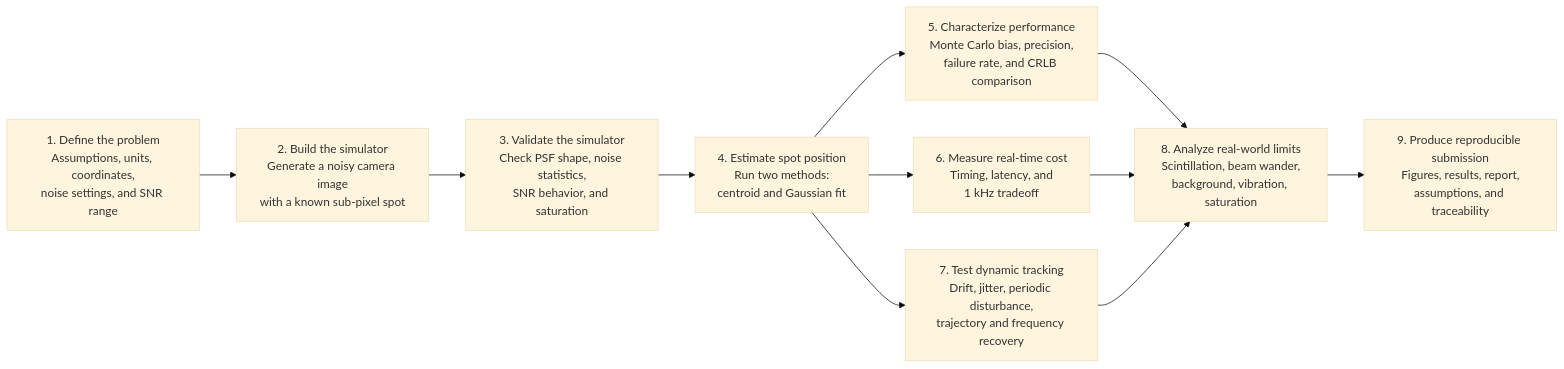
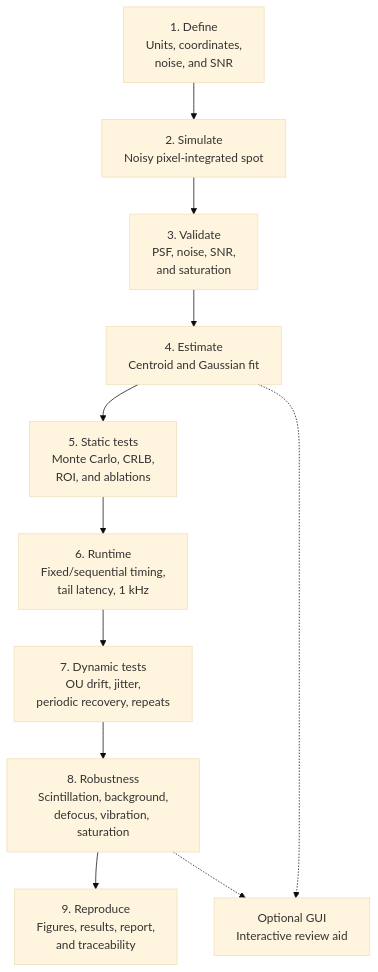
The diagram in docs/methodology_flowchart.md (JoshuaLiew87/joshua-liew-take-home-public), drawn with Mermaid (base theme) before and after one commit. The commit also changed other lines of this file and 7 other files, not shown here.

````diff
--- a/docs/methodology_flowchart.md
+++ b/docs/methodology_flowchart.md
@@ -7,21 +9,19 @@
 ```mermaid
-flowchart LR
-    A[1. Define the problem<br/>Assumptions, units, coordinates,<br/>noise settings, and SNR range]
-    B[2. Build the simulator<br/>Generate a noisy camera image<br/>with a known sub-pixel spot]
-    C[3. Validate the simulator<br/>Check PSF shape, noise statistics,<br/>SNR behavior, and saturation]
-    D[4. Estimate spot position<br/>Run two methods:<br/>centroid and Gaussian fit]
-    E[5. Characterize performance<br/>Monte Carlo bias, precision,<br/>failure rate, and CRLB comparison]
-    F[6. Measure real-time cost<br/>Timing, latency, and<br/>1 kHz tradeoff]
-    G[7. Test dynamic tracking<br/>Drift, jitter, periodic disturbance,<br/>trajectory and frequency recovery]
-    H[8. Analyze real-world limits<br/>Scintillation, beam wander,<br/>background, vibration, saturation]
-    I[9. Produce reproducible submission<br/>Figures, results, report,<br/>assumptions, and traceability]
+flowchart TD
+    A[1. Define<br/>Units, coordinates,<br/>noise, and SNR]
+    B[2. Simulate<br/>Noisy pixel-integrated spot]
+    C[3. Validate<br/>PSF, noise, SNR,<br/>and saturation]
+    D[4. Estimate<br/>Centroid and Gaussian fit]
+    E[5. Static tests<br/>Monte Carlo, CRLB,<br/>ROI, and ablations]
+    F[6. Runtime<br/>Fixed/sequential timing,<br/>tail latency, 1 kHz]
+    G[7. Dynamic tests<br/>OU drift, jitter,<br/>periodic recovery, repeats]
+    H[8. Robustness<br/>Scintillation, background,<br/>defocus, vibration, saturation]
+    I[9. Reproduce<br/>Figures, results, report,<br/>and traceability]
+    J[Optional GUI<br/>Interactive review aid]
 
     A --> B --> C --> D
-    D --> E
-    D --> F
-    D --> G
-    E --> H
-    F --> H
-    G --> H
+    D --> E --> F --> G --> H
     H --> I
+    D -.-> J
+    H -.-> J
 ```
````
